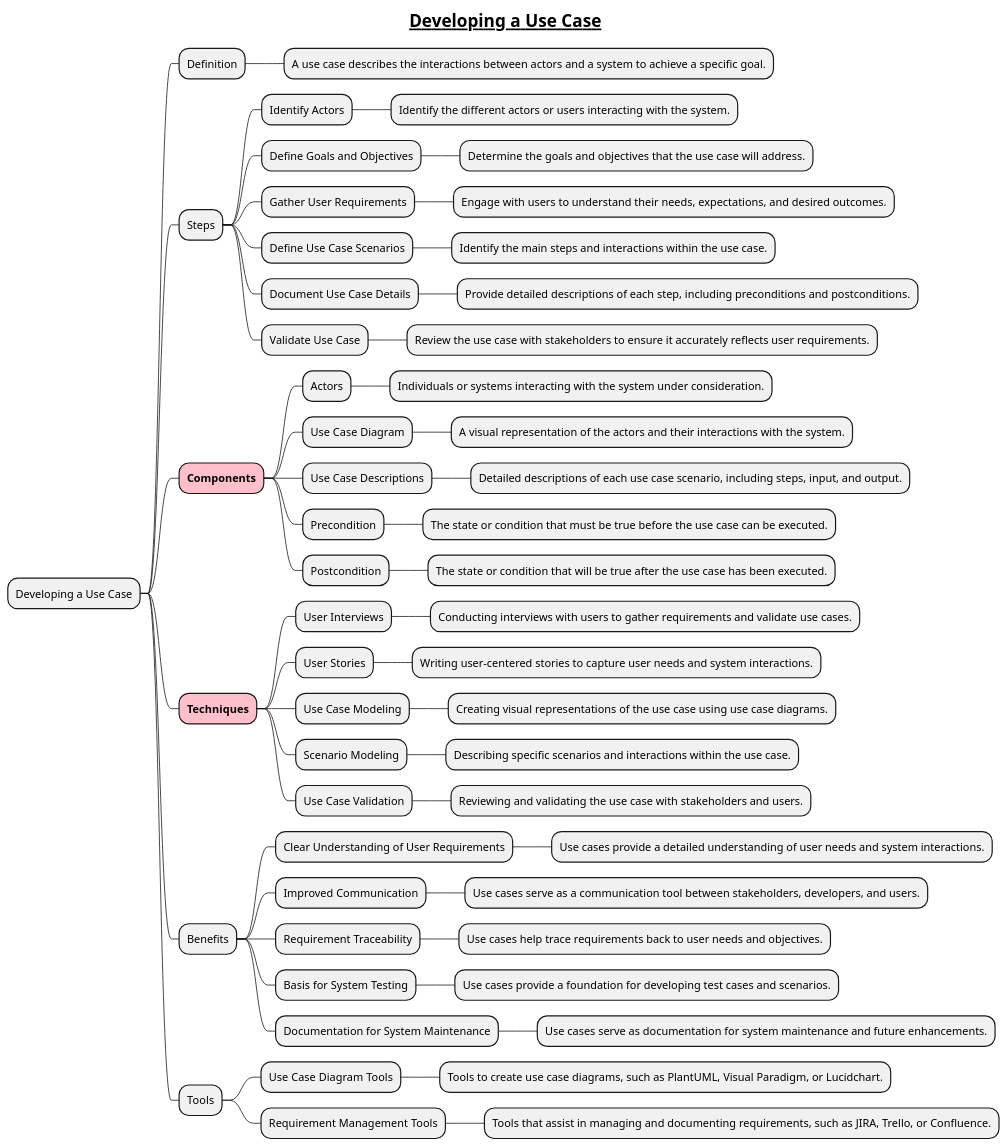
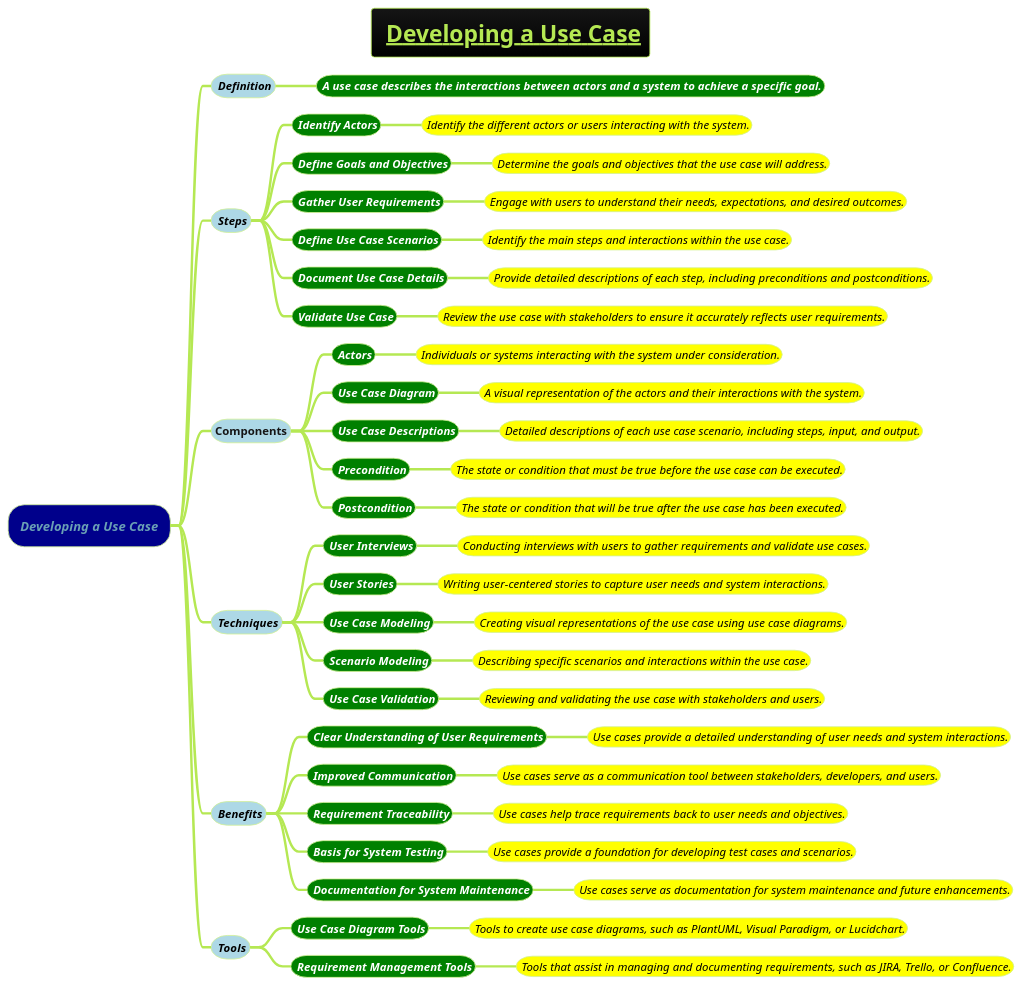
One commit to MehmoodHashmi/Documentation-as-Code-DaC changed the diagram in docs/1-Requirement-Engineering/MVP-PoC-and-case-study/Developing-a-Use-Case.puml. Above: the diagram before and after it, drawn with PlantUML. The commit also changed 11 other files, not shown here.

```diff
--- a/docs/1-Requirement-Engineering/MVP-PoC-and-case-study/Developing-a-Use-Case.puml
+++ b/docs/1-Requirement-Engineering/MVP-PoC-and-case-study/Developing-a-Use-Case.puml
@@ -1,88 +1,89 @@
 @startmindmap
 title =__ Developing a Use Case__
+!theme hacker
 
-* Developing a Use Case
+*[#darkblue] <i>Developing a Use Case
 
-** Definition
-*** A use case describes the interactions between actors and a system to achieve a specific goal.
+**[#lightblue] <i><size:14> <color #black>Definition
+***[#green] <b><i><size:14> <color #white>A use case describes the interactions between actors and a system to achieve a specific goal.
 
-** Steps
+**[#lightblue] <i><size:14> <color #black>Steps
 
-*** Identify Actors
-**** Identify the different actors or users interacting with the system.
+***[#green] <b><i><size:14> <color #white>Identify Actors
+****[#yellow] <i><size:14> <color #black>Identify the different actors or users interacting with the system.
 
-*** Define Goals and Objectives
-**** Determine the goals and objectives that the use case will address.
+***[#green] <b><i><size:14> <color #white>Define Goals and Objectives
+****[#yellow] <i><size:14> <color #black>Determine the goals and objectives that the use case will address.
 
-*** Gather User Requirements
-**** Engage with users to understand their needs, expectations, and desired outcomes.
+***[#green] <b><i><size:14> <color #white>Gather User Requirements
+****[#yellow] <i><size:14> <color #black>Engage with users to understand their needs, expectations, and desired outcomes.
 
-*** Define Use Case Scenarios
-**** Identify the main steps and interactions within the use case.
+***[#green] <b><i><size:14> <color #white>Define Use Case Scenarios
+****[#yellow] <i><size:14> <color #black>Identify the main steps and interactions within the use case.
 
-*** Document Use Case Details
-**** Provide detailed descriptions of each step, including preconditions and postconditions.
+***[#green] <b><i><size:14> <color #white>Document Use Case Details
+****[#yellow] <i><size:14> <color #black>Provide detailed descriptions of each step, including preconditions and postconditions.
 
-*** Validate Use Case
-**** Review the use case with stakeholders to ensure it accurately reflects user requirements.
+***[#green] <b><i><size:14> <color #white>Validate Use Case
+****[#yellow] <i><size:14> <color #black>Review the use case with stakeholders to ensure it accurately reflects user requirements.
 
-**[#pink] **Components**
+**[#lightblue] **Components**
 
-*** Actors
-**** Individuals or systems interacting with the system under consideration.
+***[#green] <b><i><size:14> <color #white>Actors
+****[#yellow] <i><size:14> <color #black>Individuals or systems interacting with the system under consideration.
 
-*** Use Case Diagram
-**** A visual representation of the actors and their interactions with the system.
+***[#green] <b><i><size:14> <color #white>Use Case Diagram
+****[#yellow] <i><size:14> <color #black>A visual representation of the actors and their interactions with the system.
 
-*** Use Case Descriptions
-**** Detailed descriptions of each use case scenario, including steps, input, and output.
+***[#green] <b><i><size:14> <color #white>Use Case Descriptions
+****[#yellow] <i><size:14> <color #black>Detailed descriptions of each use case scenario, including steps, input, and output.
 
-*** Precondition
-**** The state or condition that must be true before the use case can be executed.
+***[#green] <b><i><size:14> <color #white>Precondition
+****[#yellow] <i><size:14> <color #black>The state or condition that must be true before the use case can be executed.
 
-*** Postcondition
-**** The state or condition that will be true after the use case has been executed.
+***[#green] <b><i><size:14> <color #white>Postcondition
+****[#yellow] <i><size:14> <color #black>The state or condition that will be true after the use case has been executed.
 
-**[#pink] **Techniques**
+**[#lightblue] <i><size:14> <color #black>**Techniques**
 
-*** User Interviews
-**** Conducting interviews with users to gather requirements and validate use cases.
+***[#green] <b><i><size:14> <color #white>User Interviews
+****[#yellow] <i><size:14> <color #black>Conducting interviews with users to gather requirements and validate use cases.
 
-*** User Stories
-**** Writing user-centered stories to capture user needs and system interactions.
+***[#green] <b><i><size:14> <color #white>User Stories
+****[#yellow] <i><size:14> <color #black>Writing user-centered stories to capture user needs and system interactions.
 
-*** Use Case Modeling
-**** Creating visual representations of the use case using use case diagrams.
+***[#green] <b><i><size:14> <color #white>Use Case Modeling
+****[#yellow] <i><size:14> <color #black>Creating visual representations of the use case using use case diagrams.
 
-*** Scenario Modeling
-**** Describing specific scenarios and interactions within the use case.
+***[#green] <b><i><size:14> <color #white>Scenario Modeling
+****[#yellow] <i><size:14> <color #black>Describing specific scenarios and interactions within the use case.
 
-*** Use Case Validation
-**** Reviewing and validating the use case with stakeholders and users.
+***[#green] <b><i><size:14> <color #white>Use Case Validation
+****[#yellow] <i><size:14> <color #black>Reviewing and validating the use case with stakeholders and users.
 
-** Benefits
+**[#lightblue] <i><size:14> <color #black>Benefits
 
-*** Clear Understanding of User Requirements
-**** Use cases provide a detailed understanding of user needs and system interactions.
+***[#green] <b><i><size:14> <color #white>Clear Understanding of User Requirements
+****[#yellow] <i><size:14> <color #black>Use cases provide a detailed understanding of user needs and system interactions.
 
-*** Improved Communication
-**** Use cases serve as a communication tool between stakeholders, developers, and users.
+***[#green] <b><i><size:14> <color #white>Improved Communication
+****[#yellow] <i><size:14> <color #black>Use cases serve as a communication tool between stakeholders, developers, and users.
 
-*** Requirement Traceability
-**** Use cases help trace requirements back to user needs and objectives.
+***[#green] <b><i><size:14> <color #white>Requirement Traceability
+****[#yellow] <i><size:14> <color #black>Use cases help trace requirements back to user needs and objectives.
 
-*** Basis for System Testing
-**** Use cases provide a foundation for developing test cases and scenarios.
+***[#green] <b><i><size:14> <color #white>Basis for System Testing
+****[#yellow] <i><size:14> <color #black>Use cases provide a foundation for developing test cases and scenarios.
 
-*** Documentation for System Maintenance
-**** Use cases serve as documentation for system maintenance and future enhancements.
+***[#green] <b><i><size:14> <color #white>Documentation for System Maintenance
+****[#yellow] <i><size:14> <color #black>Use cases serve as documentation for system maintenance and future enhancements.
 
-** Tools
+**[#lightblue] <i><size:14> <color #black>Tools
 
-*** Use Case Diagram Tools
-**** Tools to create use case diagrams, such as PlantUML, Visual Paradigm, or Lucidchart.
+***[#green] <b><i><size:14> <color #white>Use Case Diagram Tools
+****[#yellow] <i><size:14> <color #black>Tools to create use case diagrams, such as PlantUML, Visual Paradigm, or Lucidchart.
 
-*** Requirement Management Tools
-**** Tools that assist in managing and documenting requirements, such as JIRA, Trello, or Confluence.
+***[#green] <b><i><size:14> <color #white>Requirement Management Tools
+****[#yellow] <i><size:14> <color #black>Tools that assist in managing and documenting requirements, such as JIRA, Trello, or Confluence.
 
 @endmindmap
```
